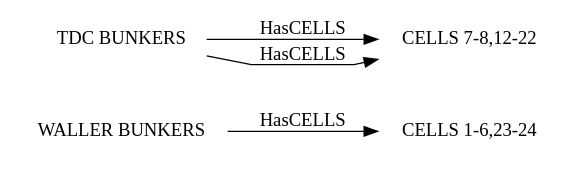
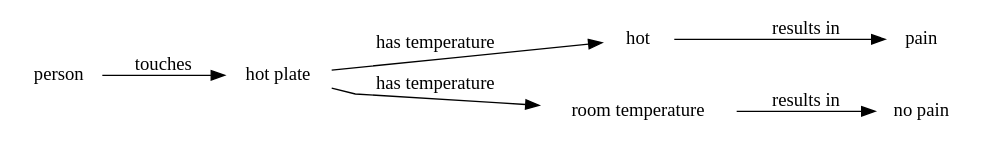
The diagram in basics/test-output/round-table.gv (DJimmie/graph-theory-applications), drawn with Graphviz before and after one commit. The commit also changed 3 other files, not shown here.

```diff
--- a/basics/test-output/round-table.gv
+++ b/basics/test-output/round-table.gv
@@ -1,9 +1,11 @@
 // The Round Table
 digraph {
 	graph [landscape=False rankdir=LR size="20,16" splines=polyline]
 	node [color=white style=filled]
 	node [shape=plaintext]
-	"WALLER BUNKERS" -> "CELLS 1-6,23-24" [label=HasCELLS]
-	"TDC BUNKERS" -> "CELLS 7-8,12-22" [label=HasCELLS]
-	"TDC BUNKERS" -> "CELLS 7-8,12-22" [label=HasCELLS]
+	person -> "hot plate" [label=touches]
+	"hot plate" -> hot [label="has temperature"]
+	"hot plate" -> "room temperature" [label="has temperature"]
+	hot -> pain [label="results in"]
+	"room temperature" -> "no pain" [label="results in"]
 }
```
